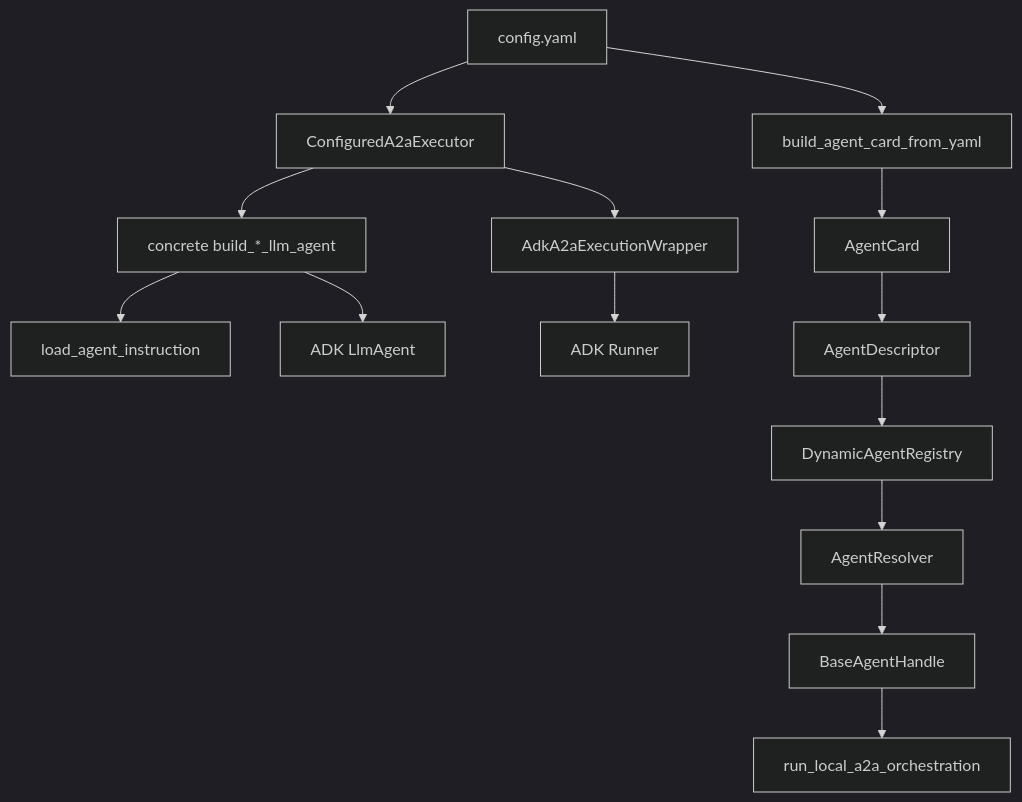
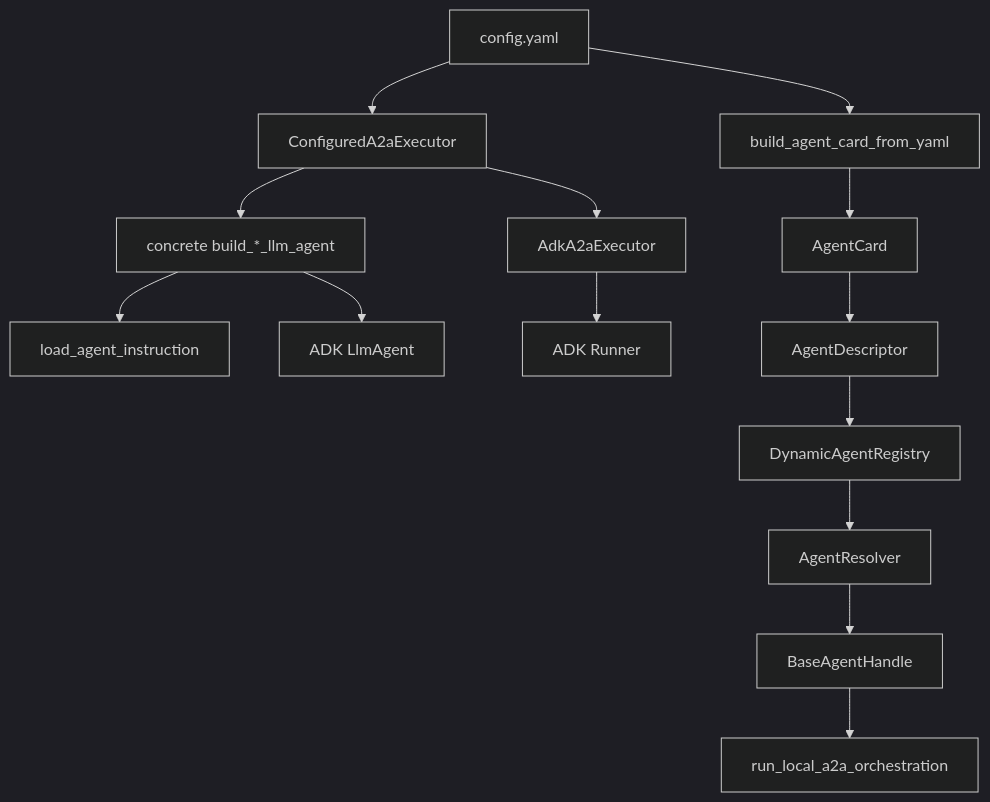
The diagram in docs/agent_core.md (freedomkwok/llm_agent_core), drawn with Mermaid (dark theme) before and after one commit. The commit also changed other lines of this file and 29 other files, not shown here.

````diff
--- a/docs/agent_core.md
+++ b/docs/agent_core.md
@@ -14,17 +14,17 @@
 ```mermaid
 flowchart TD
     ConfigYaml["config.yaml"] --> CardLoader["build_agent_card_from_yaml"]
     ConfigYaml --> ConfiguredExecutor["ConfiguredA2aExecutor"]
     ConfiguredExecutor --> AgentBuilder["concrete build_*_llm_agent"]
     AgentBuilder --> PromptLoader["load_agent_instruction"]
     AgentBuilder --> AdkAgent["ADK LlmAgent"]
-    ConfiguredExecutor --> A2aWrapper["AdkA2aExecutionWrapper"]
-    A2aWrapper --> AdkRunner["ADK Runner"]
+    ConfiguredExecutor --> A2aExecutor["AdkA2aExecutor"]
+    A2aExecutor --> AdkRunner["ADK Runner"]
 
     CardLoader --> AgentCard["AgentCard"]
     AgentCard["AgentCard"] --> AgentDescriptor["AgentDescriptor"]
     AgentDescriptor --> Registry["DynamicAgentRegistry"]
     Registry --> Resolver["AgentResolver"]
     Resolver --> Handle["BaseAgentHandle"]
     Handle --> LocalA2aFlow["run_local_a2a_orchestration"]
 ```
````
